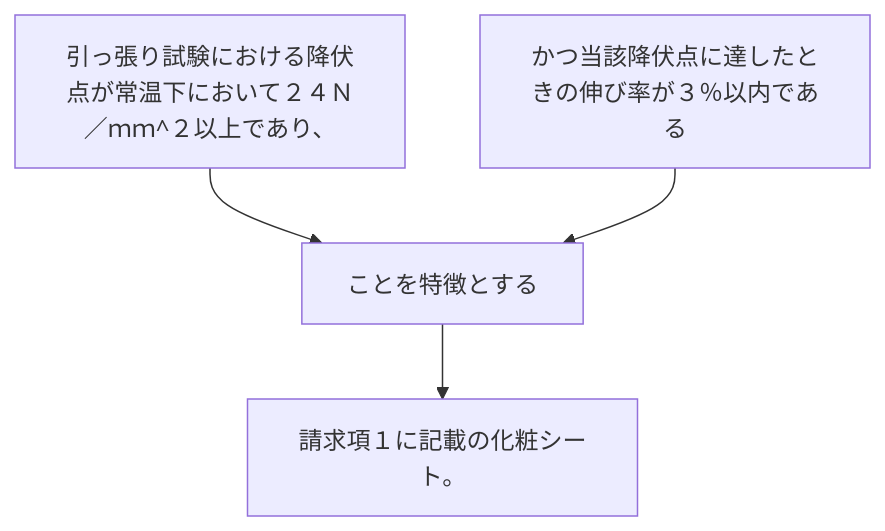
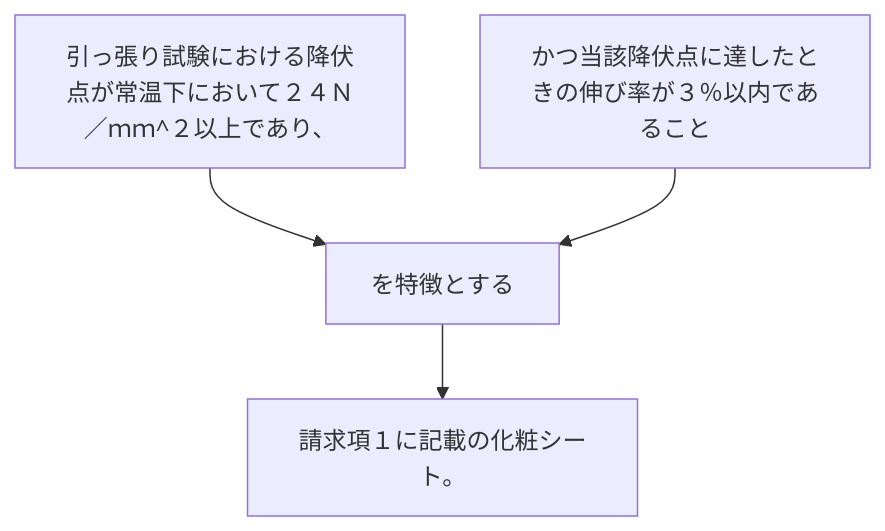
The diagram in 2024/JP2024006643A/claim_2/README.md (shinmori55/patent_analyzed), drawn with Mermaid before and after one commit. The commit also changed 336 other files, not shown here.

````diff
--- a/2024/JP2024006643A/claim_2/README.md
+++ b/2024/JP2024006643A/claim_2/README.md
@@ -4,10 +4,10 @@
 ```mermaid
 flowchart TD
 A[引っ張り試験における降伏点が常温下において２４Ｎ／ｍｍ^２以上であり、]
-B[かつ当該降伏点に達したときの伸び率が３％以内である]
-C[ことを特徴とする]
+B[かつ当該降伏点に達したときの伸び率が３％以内であること]
+C[を特徴とする]
 D[請求項１に記載の化粧シート。]
 A --> C
 B --> C
 C --> D
 ```
````
